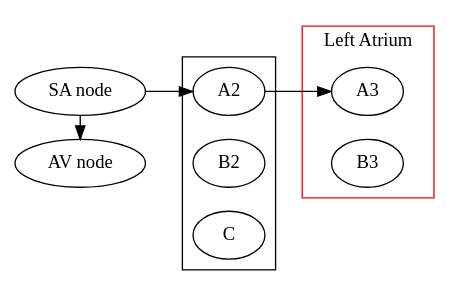
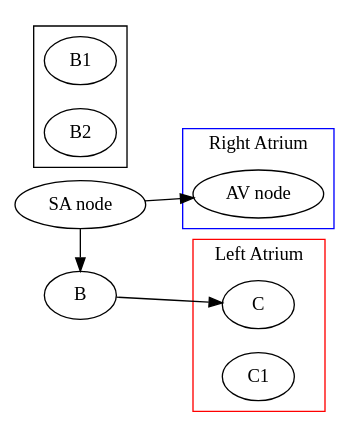
One commit to meirisoda/school_spring2024 changed the second of 2 diagrams in NURS380_Practicum/Topics/EKG/EKG and Rhythms.md. Above: the diagram before and after it, drawn with Graphviz.

Commit message:
vault backup: 2024-02-19 17:53:57

````diff
--- a/NURS380_Practicum/Topics/EKG/EKG and Rhythms.md
+++ b/NURS380_Practicum/Topics/EKG/EKG and Rhythms.md
@@ -209,38 +209,38 @@
 ```dot
 digraph g{
 	rankdir = LR;
 	node [shape = ellipse]
 	
-	A->A2->A3;
+	A->B->C;
 
 	subgraph cluster0{
 		shape=rect;
 		rank=same;
 		color=blue;
 		label="Right Atrium";
 		
 		A [label="SA node"];
-		B [label="AV node"];
-		A -> B
+		A1 [label="AV node"];
+		A -> A1
 	}
 	
 	subgraph cluster1{
 		shape = rect;
 		rank=same;
-		A2;
+		B;
+		B1;
 		B2;
-		C;
 	}
 
 	subgraph cluster2 {
 		shape=rect;
 		rank=same;
 		color=red;
 		label="Left Atrium";
 		
-		A3;
-		B3;
+		C;
+		C1;
 	}
 {rank=same; A; B;}
 }
 ```
````
